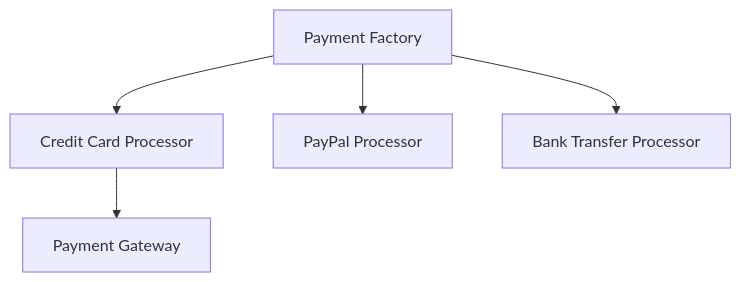
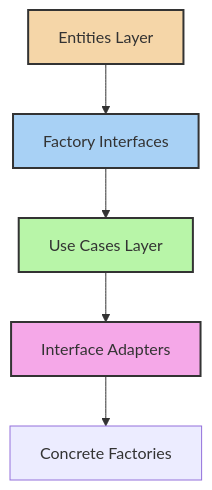
Before and after one commit to gonzaloan/crack-your-interview: the second of 2 diagrams in docs/fundamentals/software-architecture/clean-architecture/patterns/factory-pattern.md, drawn with Mermaid. The commit also changed other lines of this file and 43 other files, not shown here.

````diff
--- a/docs/fundamentals/software-architecture/clean-architecture/patterns/factory-pattern.md
+++ b/docs/fundamentals/software-architecture/clean-architecture/patterns/factory-pattern.md
@@ -354,7 +210,12 @@
 ```mermaid
 graph TD
-    A[Payment Factory] --> B[Credit Card Processor]
-    A --> C[PayPal Processor]
-    A --> D[Bank Transfer Processor]
-    B --> E[Payment Gateway]
+    A[Entities Layer] --> B[Factory Interfaces]
+    B --> C[Use Cases Layer]
+    C --> D[Interface Adapters]
+    D --> E[Concrete Factories]
+    
+    style A fill:#f5d6a8,stroke:#333,stroke-width:2px
+    style B fill:#a8d1f5,stroke:#333,stroke-width:2px
+    style C fill:#b8f5a8,stroke:#333,stroke-width:2px
+    style D fill:#f5a8e8,stroke:#333,stroke-width:2px
 ```
````
